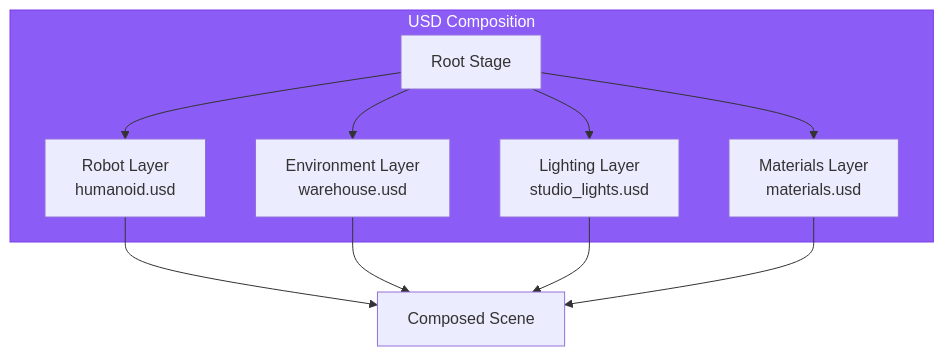
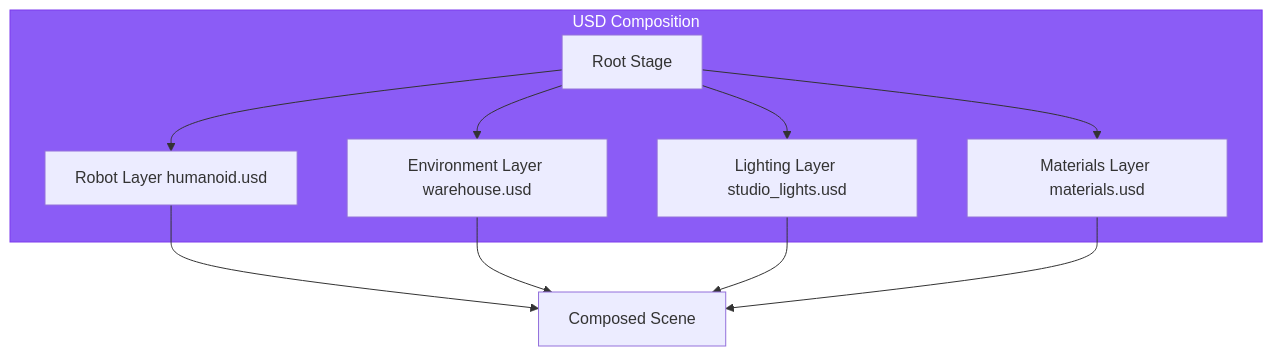
One commit to shakir-hussain1/physical-AI-and-humanoid-robotics-textbook-by-shakir-hussain changed the fourth of 5 diagrams in docs/modules/module-3-isaac/chapter-09-platform.md. Above: the diagram before and after it, drawn with Mermaid. The commit also changed other lines of this file and 17 other files, not shown here.

Commit message:
fix: Remove br tags from Mermaid diagrams causing parse errors

````diff
--- a/docs/modules/module-3-isaac/chapter-09-platform.md
+++ b/docs/modules/module-3-isaac/chapter-09-platform.md
@@ -177,22 +177,22 @@
 ```mermaid
 flowchart TD
     subgraph USD["USD Composition"]
         ROOT[Root Stage]
-        ROBOT[Robot Layer<br/>humanoid.usd]
-        ENV[Environment Layer<br/>warehouse.usd]
-        LIGHT[Lighting Layer<br/>studio_lights.usd]
-        MAT[Materials Layer<br/>materials.usd]
+        ROBOT[Robot Layer humanoid.usd]
+        ENV[Environment Layer warehouse.usd]
+        LIGHT[Lighting Layer studio_lights.usd]
+        MAT[Materials Layer materials.usd]
     end
 
     ROOT --> ROBOT
     ROOT --> ENV
     ROOT --> LIGHT
     ROOT --> MAT
 
     ROBOT --> FINAL[Composed Scene]
     ENV --> FINAL
     LIGHT --> FINAL
     MAT --> FINAL
 
     style USD fill:#8b5cf6,stroke:#7c3aed,color:#fff
 ```
````
